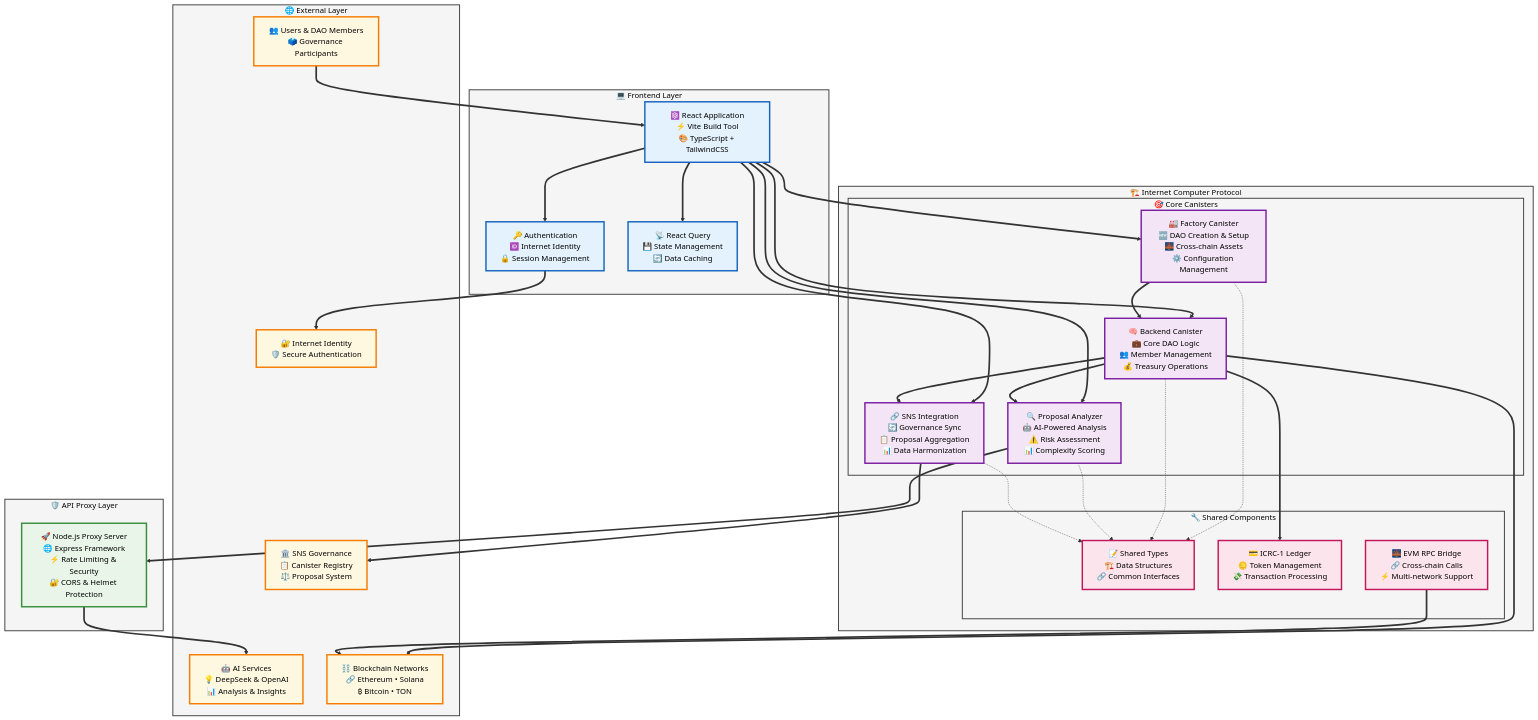
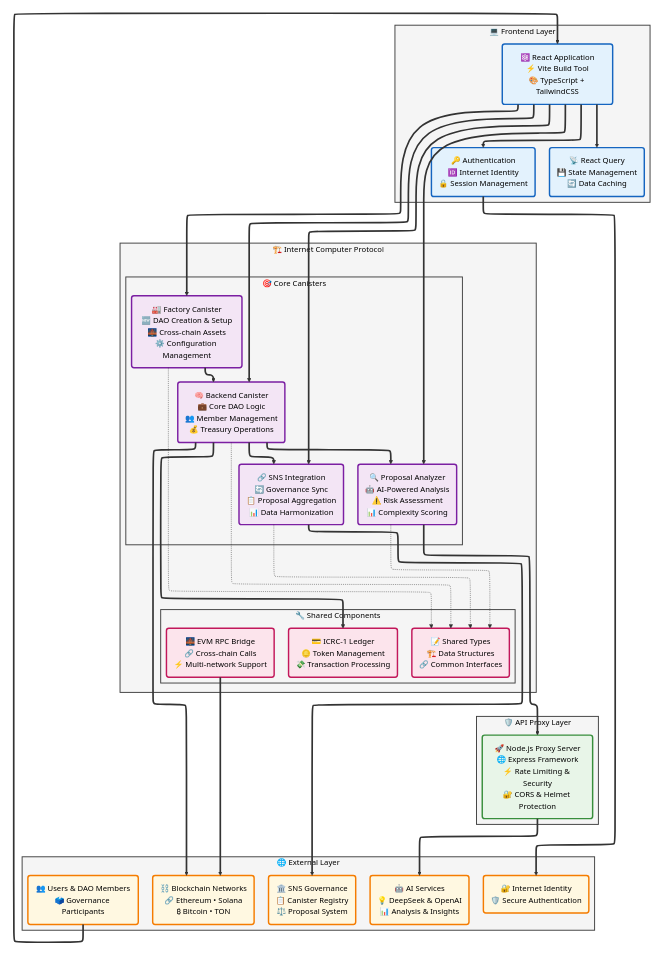
Before and after one commit to gov-mind/ic_govmind: the first of 2 diagrams in architecture-diagram.md, drawn with Mermaid.

Commit message:
docs(architecture-diagram): update mermaid diagram syntax and improve layout
- Migrate from graph TB to flowchart TB syntax
- Add direction hints for better layout control
- Include invisible weak links for cleaner spacing
- Update styling definitions for consistency

````diff
--- a/architecture-diagram.md
+++ b/architecture-diagram.md
@@ -7,41 +7,49 @@
 ```mermaid
-graph TB
+%%{init: {"flowchart": {"defaultRenderer": "elk", "htmlLabels": true}} }%%
+flowchart TB
     %% External Users and Systems
     subgraph EXT ["🌐 External Layer"]
-        U["👥 Users & DAO Members<br/>🗳️ Governance Participants"]
-        AI["🤖 AI Services<br/>💡 DeepSeek & OpenAI<br/>📊 Analysis & Insights"]
-        BC["⛓️ Blockchain Networks<br/>🔗 Ethereum • Solana<br/>₿ Bitcoin • TON"]
-        SNS["🏛️ SNS Governance<br/>📋 Canister Registry<br/>⚖️ Proposal System"]
-        II["🔐 Internet Identity<br/>🛡️ Secure Authentication"]
+        direction TB
+        U("👥 Users & DAO Members<br/>🗳️ Governance Participants")
+        AI("🤖 AI Services<br/>💡 DeepSeek & OpenAI<br/>📊 Analysis & Insights")
+        BC("⛓️ Blockchain Networks<br/>🔗 Ethereum • Solana<br/>₿ Bitcoin • TON")
+        SNS("🏛️ SNS Governance<br/>📋 Canister Registry<br/>⚖️ Proposal System")
+        II("🔐 Internet Identity<br/>🛡️ Secure Authentication")
     end
 
     %% Frontend Layer
     subgraph FE ["💻 Frontend Layer"]
-        WEB["⚛️ React Application<br/>⚡ Vite Build Tool<br/>🎨 TypeScript + TailwindCSS"]
-        AUTH["🔑 Authentication<br/>🆔 Internet Identity<br/>🔒 Session Management"]
-        QUERY["📡 React Query<br/>💾 State Management<br/>🔄 Data Caching"]
+        direction LR
+        WEB("⚛️ React Application<br/>⚡ Vite Build Tool<br/>🎨 TypeScript + TailwindCSS")
+        AUTH("🔑 Authentication<br/>🆔 Internet Identity<br/>🔒 Session Management")
+        QUERY("📡 React Query<br/>💾 State Management<br/>🔄 Data Caching")
     end
 
     %% API Proxy Layer
     subgraph API ["🛡️ API Proxy Layer"]
-        PROXY["🚀 Node.js Proxy Server<br/>🌐 Express Framework<br/>⚡ Rate Limiting & Security<br/>🔐 CORS & Helmet Protection"]
+        direction TB
+        PROXY("🚀 Node.js Proxy Server<br/>🌐 Express Framework<br/>⚡ Rate Limiting & Security<br/>🔐 CORS & Helmet Protection")
     end
 
     %% Internet Computer Protocol Layer
     subgraph ICP ["🏗️ Internet Computer Protocol"]
+        direction TB
+
         %% Core Canisters
         subgraph CORE ["🎯 Core Canisters"]
-            FACTORY["🏭 Factory Canister<br/>🆕 DAO Creation & Setup<br/>🌉 Cross-chain Assets<br/>⚙️ Configuration Management"]
-            BACKEND["🧠 Backend Canister<br/>💼 Core DAO Logic<br/>👥 Member Management<br/>💰 Treasury Operations"]
-            ANALYZER["🔍 Proposal Analyzer<br/>🤖 AI-Powered Analysis<br/>⚠️ Risk Assessment<br/>📊 Complexity Scoring"]
-            SNS_INT["🔗 SNS Integration<br/>🔄 Governance Sync<br/>📋 Proposal Aggregation<br/>📊 Data Harmonization"]
+            direction TB
+            FACTORY("🏭 Factory Canister<br/>🆕 DAO Creation & Setup<br/>🌉 Cross-chain Assets<br/>⚙️ Configuration Management")
+            BACKEND("🧠 Backend Canister<br/>💼 Core DAO Logic<br/>👥 Member Management<br/>💰 Treasury Operations")
+            ANALYZER("🔍 Proposal Analyzer<br/>🤖 AI-Powered Analysis<br/>⚠️ Risk Assessment<br/>📊 Complexity Scoring")
+            SNS_INT("🔗 SNS Integration<br/>🔄 Governance Sync<br/>📋 Proposal Aggregation<br/>📊 Data Harmonization")
         end
 
         %% Shared Components
         subgraph SHARED ["🔧 Shared Components"]
-            TYPES["📝 Shared Types<br/>🏗️ Data Structures<br/>🔗 Common Interfaces"]
-            LEDGER["💳 ICRC-1 Ledger<br/>🪙 Token Management<br/>💸 Transaction Processing"]
-            EVM_RPC["🌉 EVM RPC Bridge<br/>🔗 Cross-chain Calls<br/>⚡ Multi-network Support"]
+            direction LR
+            TYPES("📝 Shared Types<br/>🏗️ Data Structures<br/>🔗 Common Interfaces")
+            LEDGER("💳 ICRC-1 Ledger<br/>🪙 Token Management<br/>💸 Transaction Processing")
+            EVM_RPC("🌉 EVM RPC Bridge<br/>🔗 Cross-chain Calls<br/>⚡ Multi-network Support")
         end
     end
 
@@ -50,34 +58,39 @@
     WEB ==> AUTH
     WEB ==> QUERY
     AUTH ==> II
-    
+
     %% Frontend to Canisters
     WEB ==> FACTORY
     WEB ==> BACKEND
     WEB ==> ANALYZER
     WEB ==> SNS_INT
-    
+
     %% AI Integration
     ANALYZER ==> PROXY
     PROXY ==> AI
-    
+
     %% Inter-canister Communication
     FACTORY ==> BACKEND
     BACKEND ==> ANALYZER
     BACKEND ==> SNS_INT
     BACKEND ==> LEDGER
-    
+
     %% External Integrations
     SNS_INT ==> SNS
     BACKEND ==> BC
     EVM_RPC ==> BC
-    
+
     %% Shared Dependencies (dotted lines)
     FACTORY -.-> TYPES
     BACKEND -.-> TYPES
     ANALYZER -.-> TYPES
     SNS_INT -.-> TYPES
-    
+
+    %% Layout nudges for a cleaner look (invisible weak links)
+    EXT ~~~ FE
+    FE ~~~ API
+    API ~~~ ICP
+
     %% Enhanced Styling
     classDef frontend fill:#e3f2fd,stroke:#1565c0,stroke-width:3px,color:#000
     classDef canister fill:#f3e5f5,stroke:#7b1fa2,stroke-width:3px,color:#000
@@ -85,11 +98,12 @@
     classDef proxy fill:#e8f5e8,stroke:#388e3c,stroke-width:3px,color:#000
     classDef shared fill:#fce4ec,stroke:#c2185b,stroke-width:3px,color:#000
     classDef layer fill:#f5f5f5,stroke:#424242,stroke-width:2px,color:#000
-    
+
     class WEB,AUTH,QUERY frontend
     class FACTORY,BACKEND,ANALYZER,SNS_INT canister
     class U,AI,BC,SNS,II external
     class PROXY proxy
     class TYPES,LEDGER,EVM_RPC shared
     class EXT,FE,API,ICP,CORE,SHARED layer
+
 ```
````
